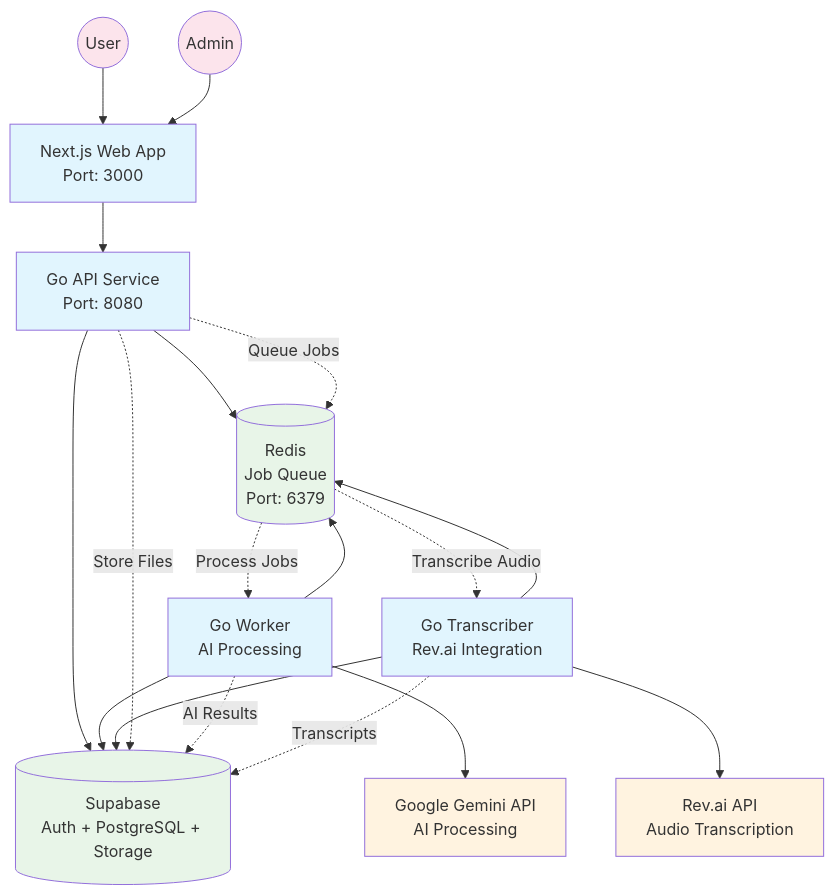
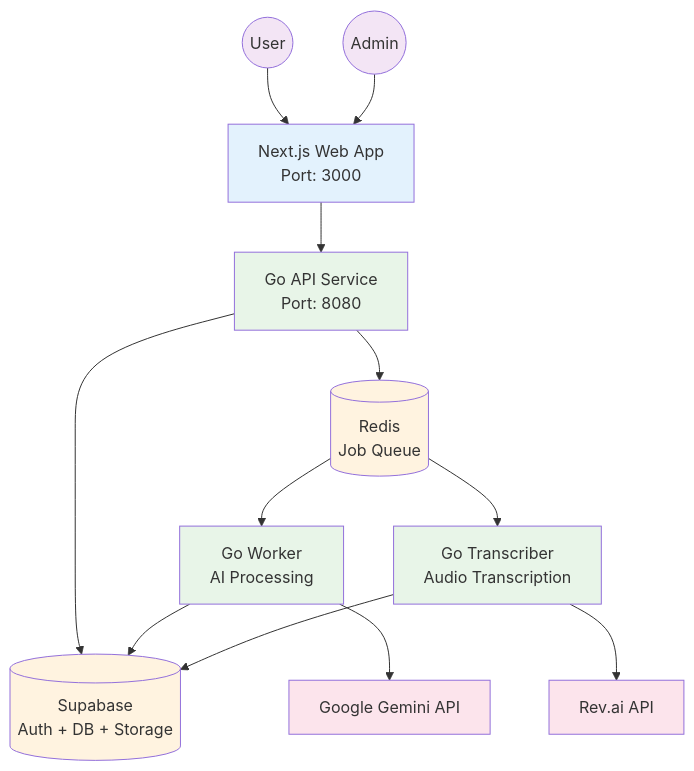
Before and after one commit to thantheinthwin/audio-book-ai: the diagram in README.md, drawn with Mermaid.

Commit message:
docs: revise README to clarify architecture components and improve diagram structure

````diff
--- a/README.md
+++ b/README.md
@@ -30,58 +30,49 @@
 ```mermaid
 graph TB
-    %% User Interfaces
-    Web[Next.js Web App<br/>Port: 3000]
-
-    %% Core Services
-    API[Go API Service<br/>Port: 8080]
-    Worker[Go Worker<br/>AI Processing]
-    Transcriber[Go Transcriber<br/>Rev.ai Integration]
-    Redis[(Redis<br/>Job Queue<br/>Port: 6379)]
-
-    %% External Services
-    Supabase[(Supabase<br/>Auth + PostgreSQL + Storage)]
-    RevAI[Rev.ai API<br/>Audio Transcription]
-    Gemini[Google Gemini API<br/>AI Processing]
-
-    %% User Flow
+    %% User Layer
     User((User)) --> Web
     Admin((Admin)) --> Web
 
-    %% Web to API
+    %% Frontend
+    Web[Next.js Web App<br/>Port: 3000]
+
+    %% Backend Services
+    API[Go API Service<br/>Port: 8080]
+    Worker[Go Worker<br/>AI Processing]
+    Transcriber[Go Transcriber<br/>Audio Transcription]
+
+    %% Infrastructure
+    Redis[(Redis<br/>Job Queue)]
+    Supabase[(Supabase<br/>Auth + DB + Storage)]
+
+    %% External APIs
+    RevAI[Rev.ai API]
+    Gemini[Google Gemini API]
+
+    %% Connections
     Web --> API
-
-    %% API Dependencies
     API --> Supabase
     API --> Redis
 
-    %% Worker Dependencies
-    Worker --> Redis
+    Redis --> Worker
+    Redis --> Transcriber
+
     Worker --> Supabase
     Worker --> Gemini
 
-    %% Transcriber Dependencies
-    Transcriber --> Redis
     Transcriber --> Supabase
     Transcriber --> RevAI
 
-    %% Job Flow
-    API -.-> |"Queue Jobs"| Redis
-    Redis -.-> |"Process Jobs"| Worker
-    Redis -.-> |"Transcribe Audio"| Transcriber
+    %% Styling
+    classDef frontend fill:#e3f2fd
+    classDef backend fill:#e8f5e8
+    classDef infra fill:#fff3e0
+    classDef external fill:#fce4ec
+    classDef user fill:#f3e5f5
 
-    %% Data Flow
-    API -.-> |"Store Files"| Supabase
-    Worker -.-> |"AI Results"| Supabase
-    Transcriber -.-> |"Transcripts"| Supabase
-
-    %% Styling
-    classDef service fill:#e1f5fe
-    classDef external fill:#fff3e0
-    classDef storage fill:#e8f5e8
-    classDef user fill:#fce4ec
-
-    class API,Worker,Transcriber,Web service
+    class Web frontend
+    class API,Worker,Transcriber backend
+    class Redis,Supabase infra
     class RevAI,Gemini external
-    class Supabase,Redis storage
     class User,Admin user
 ```
````
